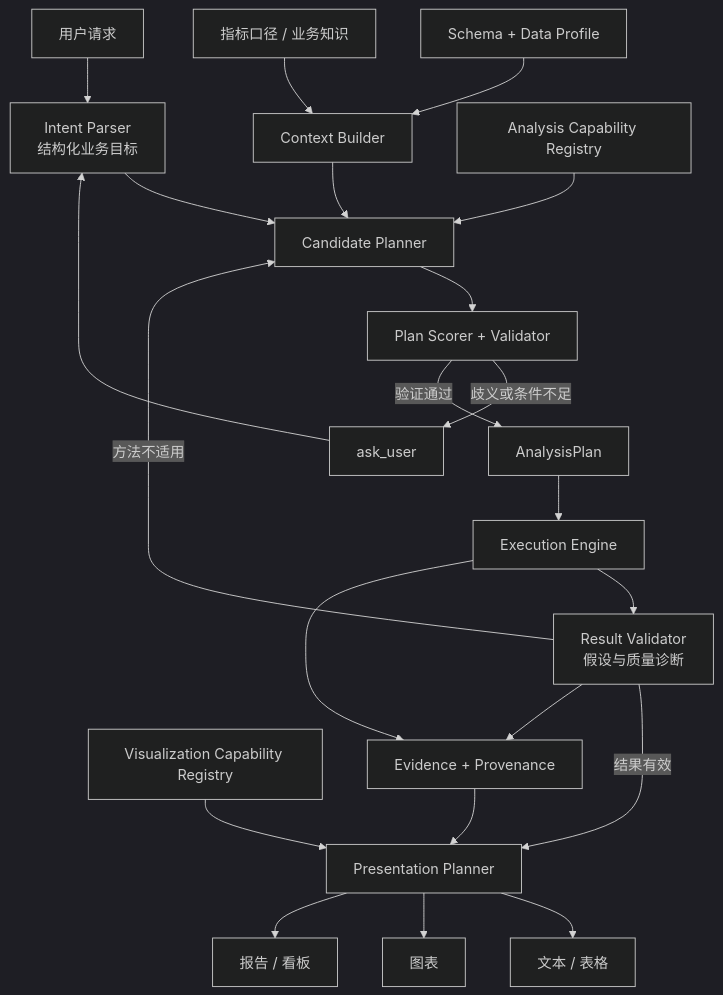
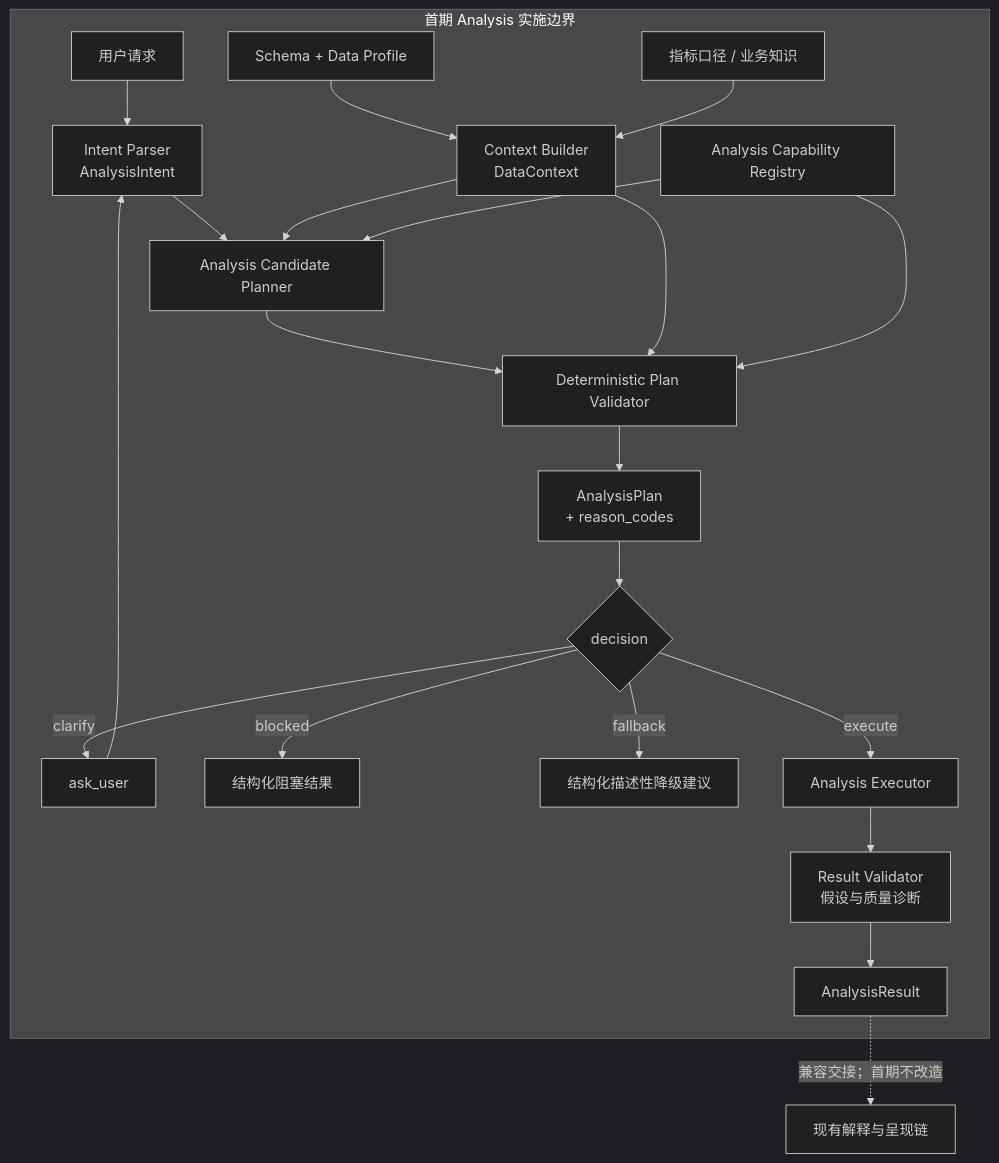
The second of 2 diagrams in docs/15-analysis-planning-architecture-rfc.md (Zafer-Liu/Data-Analysis-Agent), drawn with Mermaid (dark theme) before and after one commit. The commit also changed other lines of this file, not shown here.

Commit message:
docs: refine analysis planning architecture RFC

````diff
--- a/docs/15-analysis-planning-architecture-rfc.md
+++ b/docs/15-analysis-planning-architecture-rfc.md
@@ -125,24 +145,24 @@
 ```mermaid
 flowchart TB
-    U["用户请求"] --> IP["Intent Parser\n结构化业务目标"]
-    DS["Schema + Data Profile"] --> CB["Context Builder"]
-    KB["指标口径 / 业务知识"] --> CB
-    IP --> CP["Candidate Planner"]
-    CB --> CP
-    AR["Analysis Capability Registry"] --> CP
-    CP --> PV["Plan Scorer + Validator"]
-    PV -->|"歧义或条件不足"| AU["ask_user"]
-    AU --> IP
-    PV -->|"验证通过"| AP["AnalysisPlan"]
-    AP --> EX["Execution Engine"]
-    EX --> RV["Result Validator\n假设与质量诊断"]
-    RV -->|"结果有效"| PP["Presentation Planner"]
-    RV -->|"方法不适用"| CP
-    VR["Visualization Capability Registry"] --> PP
-    PP --> T["文本 / 表格"]
-    PP --> C["图表"]
-    PP --> O["报告 / 看板"]
-    EX --> EV["Evidence + Provenance"]
-    RV --> EV
-    EV --> PP
+    subgraph PHASE1["首期 Analysis 实施边界"]
+        U["用户请求"] --> IP["Intent Parser\nAnalysisIntent"]
+        DS["Schema + Data Profile"] --> CB["Context Builder\nDataContext"]
+        KB["指标口径 / 业务知识"] --> CB
+        IP --> CP["Analysis Candidate Planner"]
+        CB --> CP
+        CR["Analysis Capability Registry"] --> CP
+        CP --> PV["Deterministic Plan Validator"]
+        CB --> PV
+        CR --> PV
+        PV --> AP["AnalysisPlan\n+ reason_codes"]
+        AP --> D{"decision"}
+        D -->|"clarify"| AU["ask_user"]
+        AU --> IP
+        D -->|"blocked"| BL["结构化阻塞结果"]
+        D -->|"fallback"| FB["结构化描述性降级建议"]
+        D -->|"execute"| EX["Analysis Executor"]
+        EX --> RV["Result Validator\n假设与质量诊断"]
+        RV --> AR["AnalysisResult"]
+    end
+    AR -. "兼容交接；首期不改造" .-> EXISTING["现有解释与呈现链"]
 ```
````
